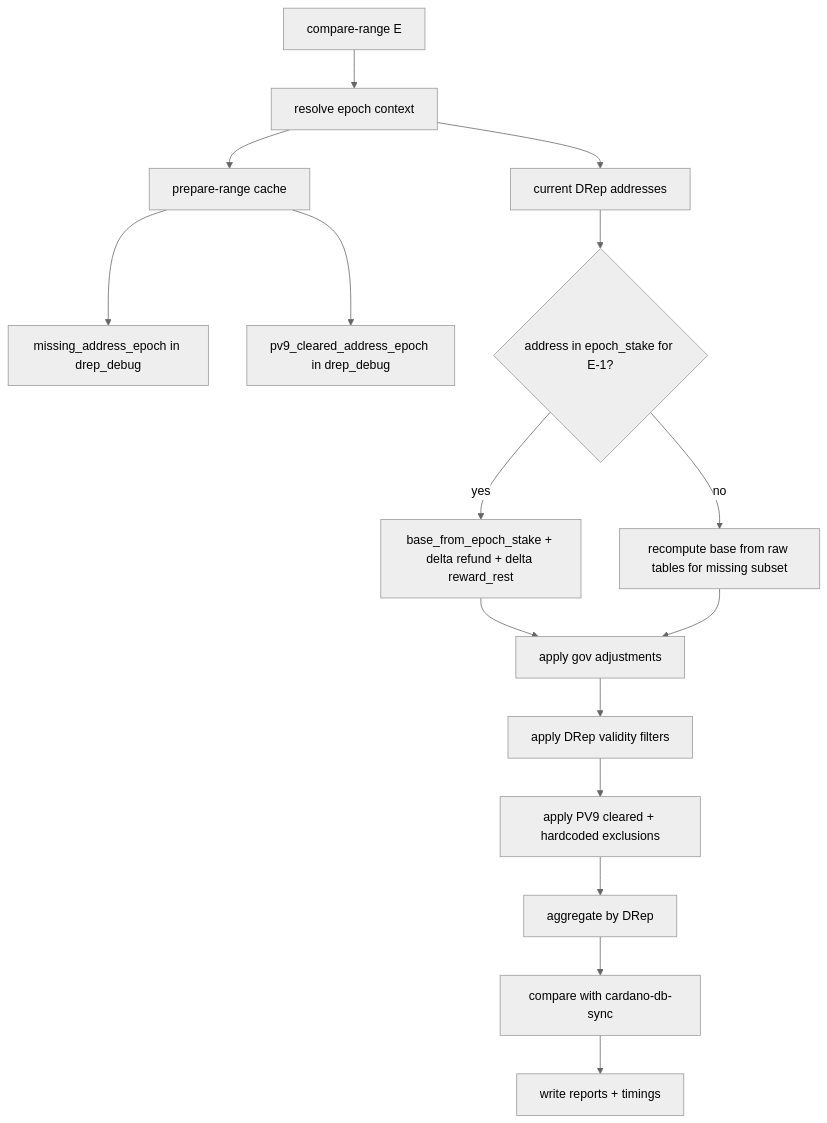
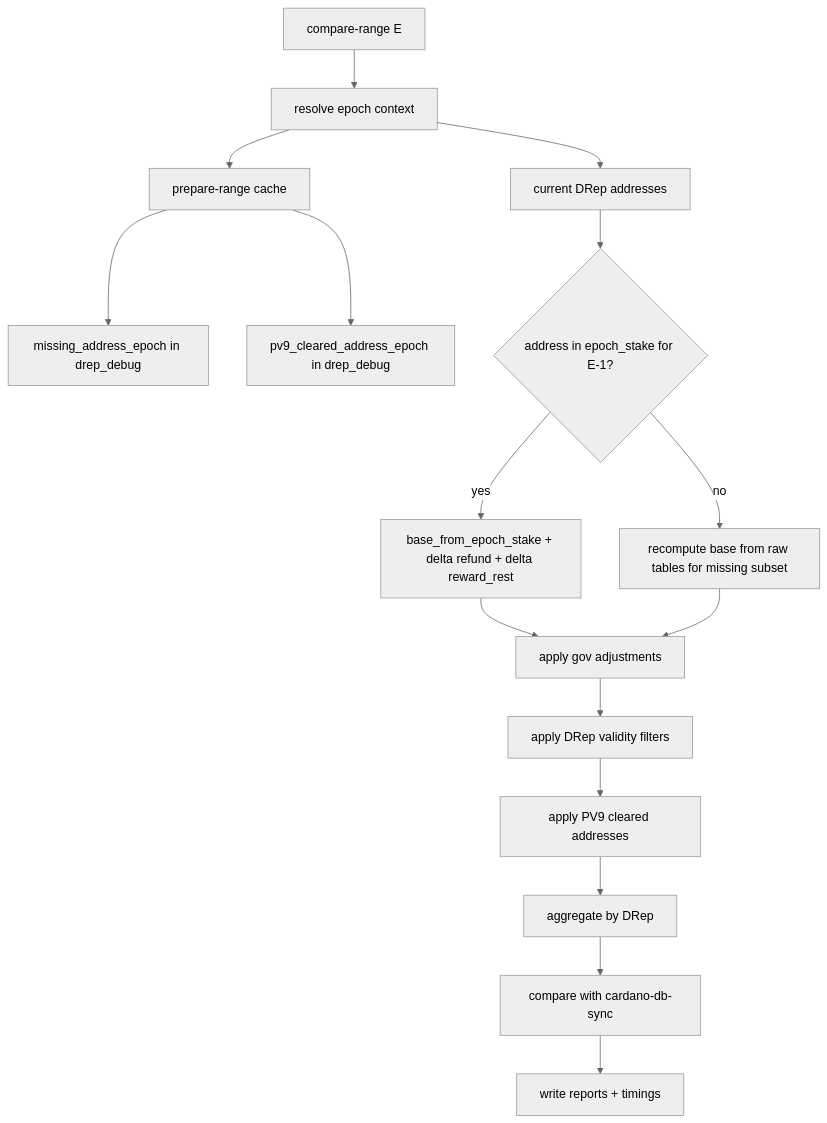
One commit to bloxbean/yaci-store changed the first of 2 diagrams in e2e-tests/tools/README.md. Above: the diagram before and after it, drawn with Mermaid (neutral theme). The commit also changed other lines of this file and 2 other files, not shown here.

Commit message:
Remove hardcoded delegation exclusions from DRep tool

````diff
--- a/e2e-tests/tools/README.md
+++ b/e2e-tests/tools/README.md
@@ -284,18 +283,18 @@
 ```mermaid
 flowchart TD
     A["compare-range E"] --> B["resolve epoch context"]
     B --> C["prepare-range cache"]
     C --> C1["missing_address_epoch in drep_debug"]
     C --> C2["pv9_cleared_address_epoch in drep_debug"]
     B --> D["current DRep addresses"]
     D --> E{"address in epoch_stake for E-1?"}
     E -->|yes| F["base_from_epoch_stake + delta refund + delta reward_rest"]
     E -->|no| G["recompute base from raw tables for missing subset"]
     F --> H["apply gov adjustments"]
     G --> H
     H --> I["apply DRep validity filters"]
-    I --> J["apply PV9 cleared + hardcoded exclusions"]
+    I --> J["apply PV9 cleared addresses"]
     J --> K["aggregate by DRep"]
     K --> L["compare with cardano-db-sync"]
     L --> M["write reports + timings"]
 ```
````
